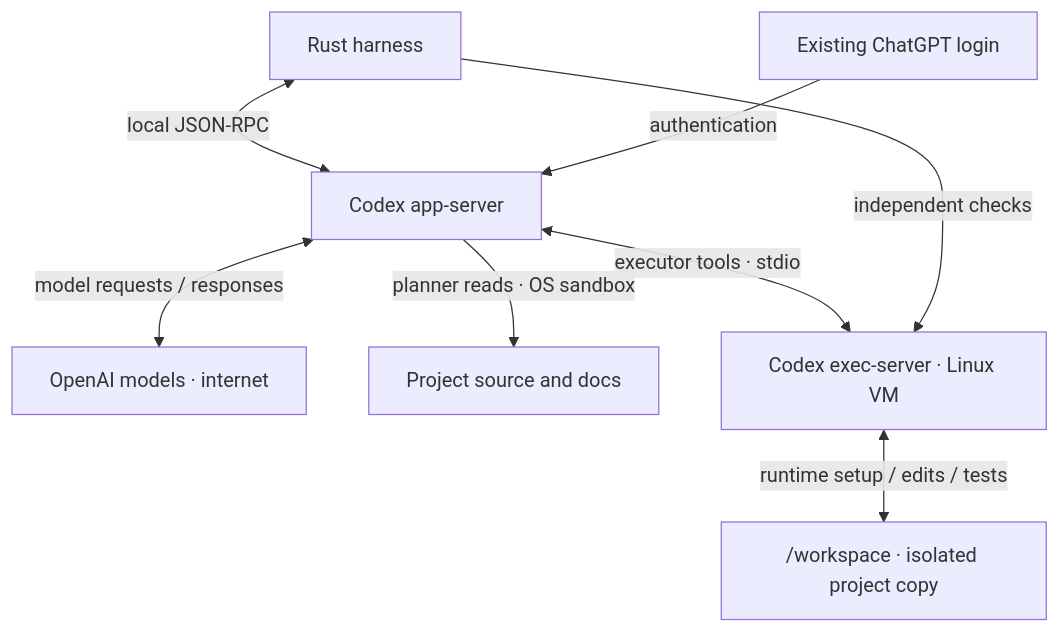
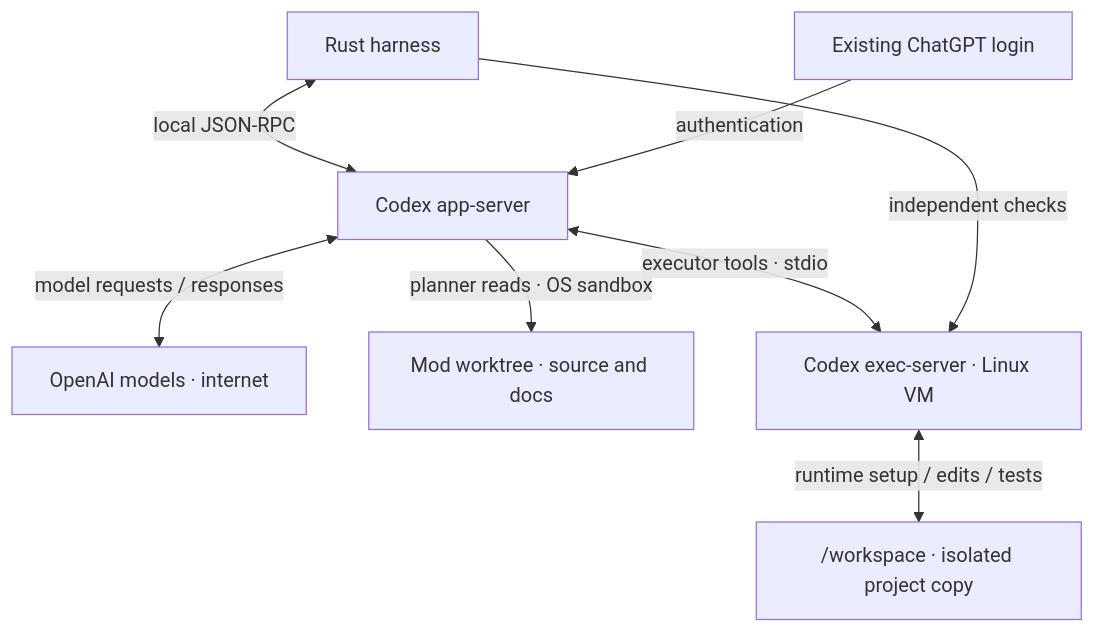
One commit to minimumeffort-dev/sprowt.harness changed the diagram in docs/workers.md. Above: the diagram before and after it, drawn with Mermaid. The commit also changed other lines of this file and 14 other files, not shown here.

````diff
--- a/docs/workers.md
+++ b/docs/workers.md
@@ -5,10 +5,10 @@
 ```mermaid
 flowchart TB
     harness["Rust harness"] <-->|"local JSON-RPC"| codex["Codex app-server"]
     login["Existing ChatGPT login"] -->|"authentication"| codex
     codex <-->|"model requests / responses"| models["OpenAI models · internet"]
-    codex -->|"planner reads · OS sandbox"| project["Project source and docs"]
+    codex -->|"planner reads · OS sandbox"| project["Mod worktree · source and docs"]
     codex <-->|"executor tools · stdio"| guest["Codex exec-server · Linux VM"]
     harness -->|"independent checks"| guest
     guest <-->|"runtime setup / edits / tests"| work["/workspace · isolated project copy"]
 ```
````
